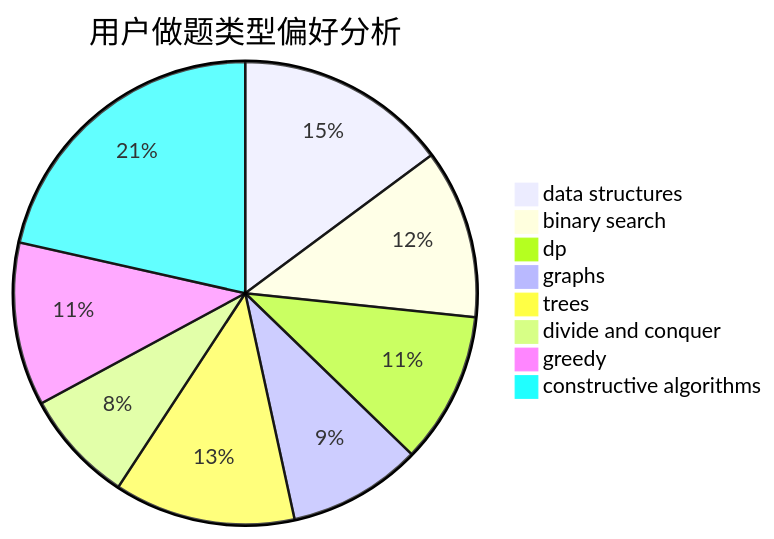
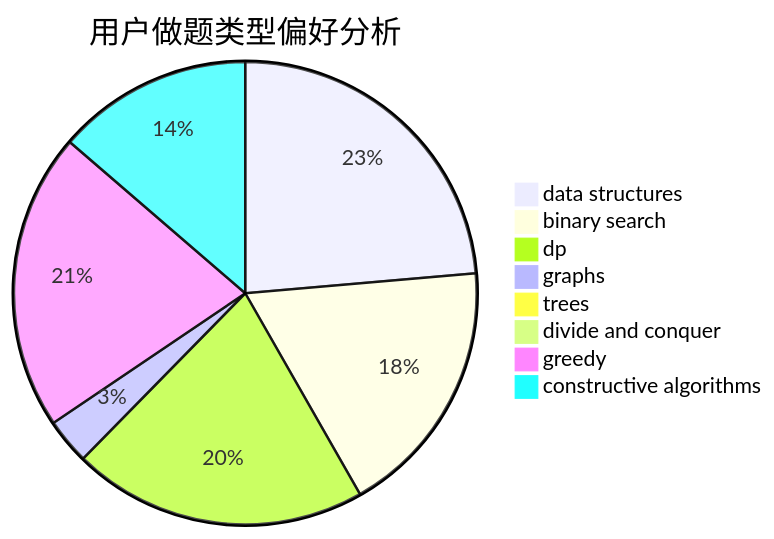
Before and after one commit to sherpahu/cfrs.github.io: the second of 3 diagrams in docs/user/u2167.md, drawn with Mermaid. The commit also changed other lines of this file and 2770 other files, not shown here.

````diff
--- a/docs/user/u2167.md
+++ b/docs/user/u2167.md
@@ -23,11 +23,11 @@
 ```mermaid
 pie title 用户做题类型偏好分析
-    "data structures" :  143
-    "binary search" :  114
-    "dp" :  102
-    "graphs" :  90
-    "trees" :  122
-    "divide and conquer" :  76
-    "greedy" :  110
-    "constructive algorithms" :  207
+    "data structures" :  133
+    "binary search" :  102
+    "dp" :  116
+    "graphs" :  18
+    "trees" :  5
+    "divide and conquer" :  0
+    "greedy" :  117
+    "constructive algorithms" :  77
 ```
````
